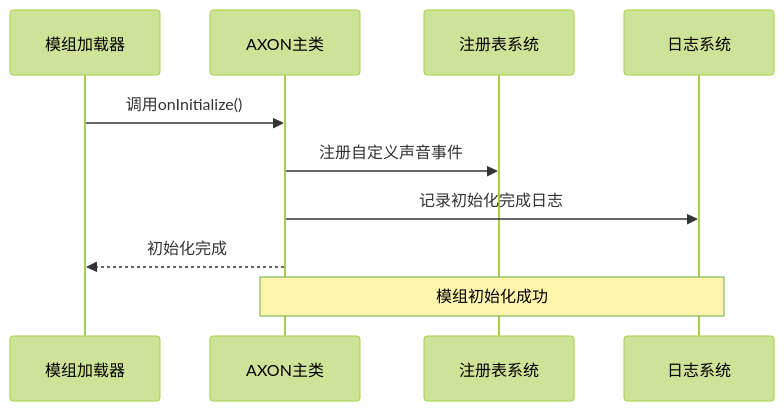
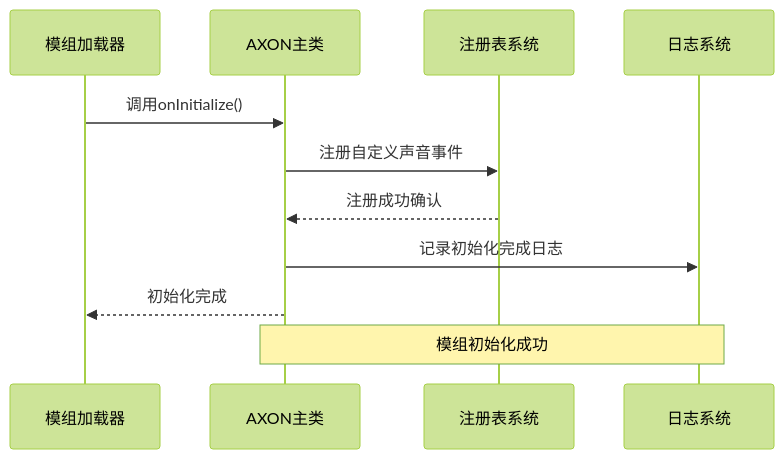
One commit to Manager20211/AxonBodyCam2 changed the second of 11 diagrams in .qoder/repowiki/zh/content/模组生命周期管理/主模组初始化.md. Above: the diagram before and after it, drawn with Mermaid (forest theme). The commit also changed other lines of this file and 11 other files, not shown here.

````diff
--- a/.qoder/repowiki/zh/content/模组生命周期管理/主模组初始化.md
+++ b/.qoder/repowiki/zh/content/模组生命周期管理/主模组初始化.md
@@ -92,12 +106,13 @@
 ```mermaid
 sequenceDiagram
 participant Loader as 模组加载器
 participant AXON as AXON主类
 participant Registry as 注册表系统
 participant Logger as 日志系统
 Loader->>AXON : 调用onInitialize()
 AXON->>Registry : 注册自定义声音事件
+Registry-->>AXON : 注册成功确认
 AXON->>Logger : 记录初始化完成日志
 AXON-->>Loader : 初始化完成
 Note over AXON,Logger : 模组初始化成功
 ```
````
